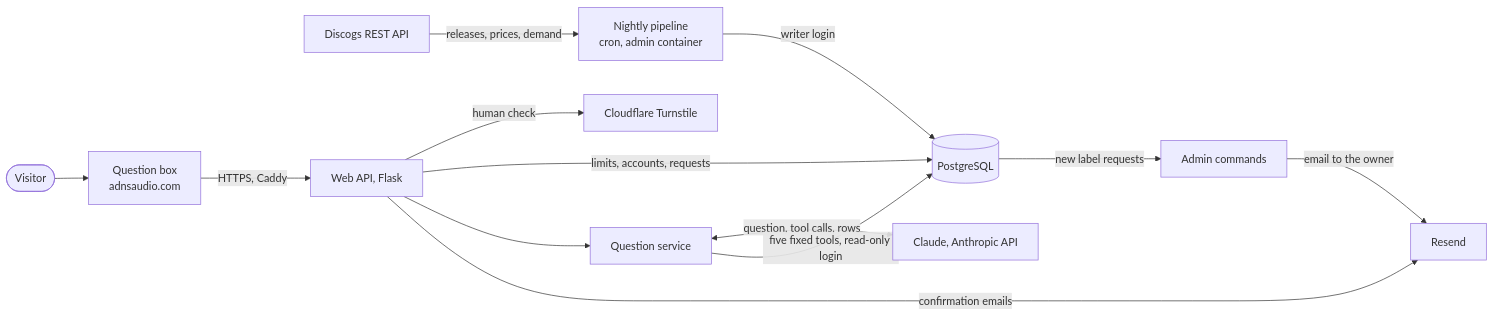
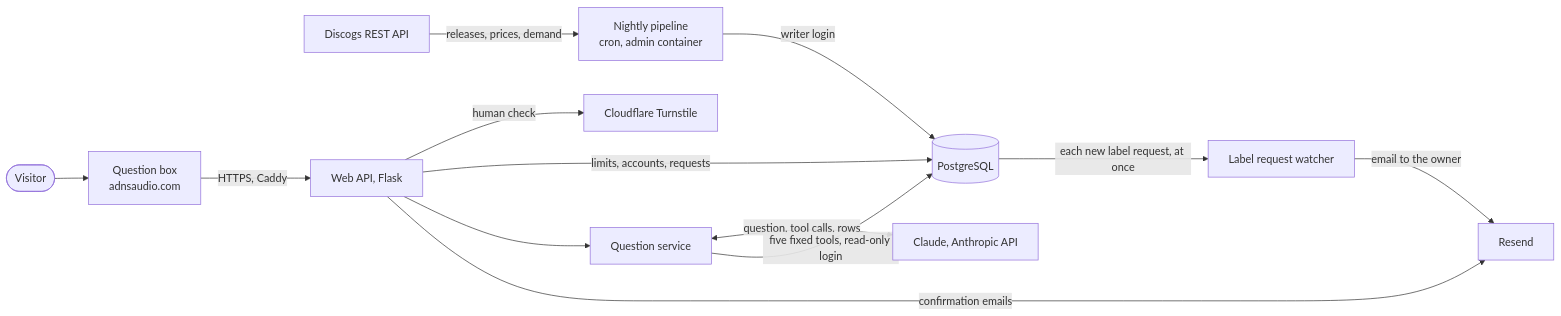
One commit to AntonisKol/music-catalogue-market-trends-wip changed the diagram in README.md. Above: the diagram before and after it, drawn with Mermaid. The commit also changed other lines of this file and 7 other files, not shown here.

First line of the commit message:
Email each new label request the moment it arrives, not up to 15 minutes later

````diff
--- a/README.md
+++ b/README.md
@@ -25,15 +25,15 @@
 ```mermaid
 flowchart LR
     DG["Discogs REST API"] -->|"releases, prices, demand"| NI["Nightly pipeline<br/>cron, admin container"]
     NI -->|"writer login"| PG[("PostgreSQL")]
     V(["Visitor"]) --> BOX["Question box<br/>adnsaudio.com"]
     BOX -->|"HTTPS, Caddy"| API["Web API, Flask"]
     API -->|"human check"| CF["Cloudflare Turnstile"]
     API -->|"limits, accounts, requests"| PG
     API --> QS["Question service"]
     QS <-->|"question, tool calls, rows"| AN["Claude, Anthropic API"]
     QS -->|"five fixed tools, read-only login"| PG
     API -->|"confirmation emails"| RS["Resend"]
-    PG -->|"new label requests"| AD["Admin commands"]
+    PG -->|"each new label request, at once"| AD["Label request watcher"]
     AD -->|"email to the owner"| RS
 ```
````
